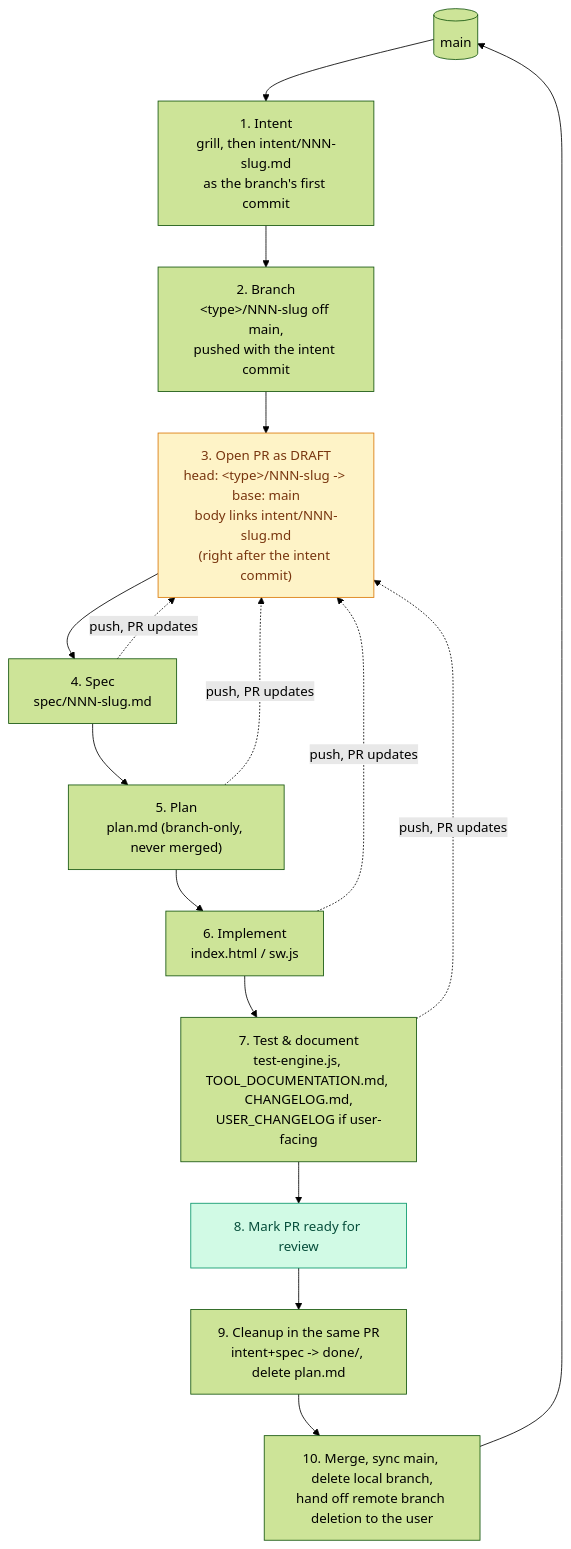
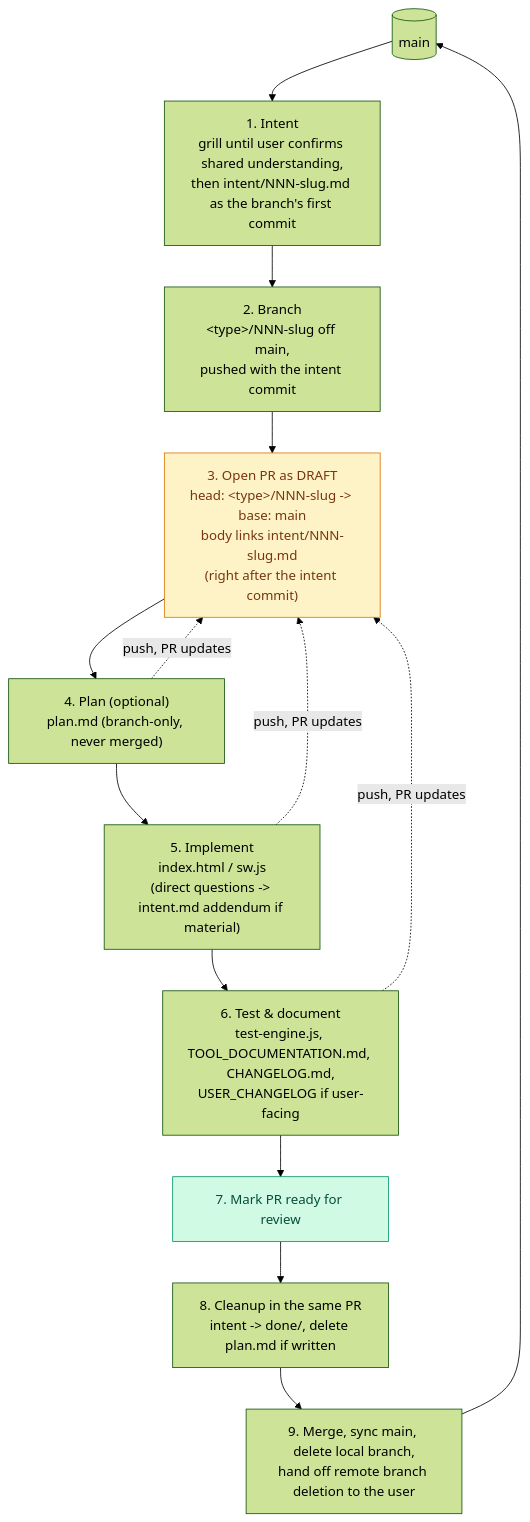
Before and after one commit to aggallim/retirement-planner: the diagram in CONTRIBUTING.md, drawn with Mermaid (forest theme). The commit also changed other lines of this file and 4 other files, not shown here.

First line of the commit message:
Simplify requirement lifecycle: no post-intent approval gate, spec removed (#24)

````diff
--- a/CONTRIBUTING.md
+++ b/CONTRIBUTING.md
@@ -103,27 +114,25 @@
 ```mermaid
 flowchart TD
     Main[("main")]
-    Intent["1. Intent\ngrill, then intent/NNN-slug.md\nas the branch's first commit"]
+    Intent["1. Intent\ngrill until user confirms shared understanding,\nthen intent/NNN-slug.md as the branch's first commit"]
     Branch["2. Branch\n&lt;type&gt;/NNN-slug off main,\npushed with the intent commit"]
     PR["3. Open PR as DRAFT\nhead: &lt;type&gt;/NNN-slug -> base: main\nbody links intent/NNN-slug.md\n(right after the intent commit)"]
-    Spec["4. Spec\nspec/NNN-slug.md"]
-    Plan["5. Plan\nplan.md (branch-only, never merged)"]
-    Impl["6. Implement\nindex.html / sw.js"]
-    Docs["7. Test & document\ntest-engine.js, TOOL_DOCUMENTATION.md, CHANGELOG.md,\nUSER_CHANGELOG if user-facing"]
-    Ready["8. Mark PR ready for review"]
-    Cleanup["9. Cleanup in the same PR\nintent+spec -> done/, delete plan.md"]
-    Merge["10. Merge, sync main, delete local branch,\nhand off remote branch deletion to the user"]
+    Plan["4. Plan (optional)\nplan.md (branch-only, never merged)"]
+    Impl["5. Implement\nindex.html / sw.js\n(direct questions -> intent.md addendum if material)"]
+    Docs["6. Test & document\ntest-engine.js, TOOL_DOCUMENTATION.md, CHANGELOG.md,\nUSER_CHANGELOG if user-facing"]
+    Ready["7. Mark PR ready for review"]
+    Cleanup["8. Cleanup in the same PR\nintent -> done/, delete plan.md if written"]
+    Merge["9. Merge, sync main, delete local branch,\nhand off remote branch deletion to the user"]
 
-    Main --> Intent --> Branch --> PR --> Spec
-    Spec --> Plan --> Impl --> Docs --> Ready --> Cleanup --> Merge --> Main
+    Main --> Intent --> Branch --> PR --> Plan
+    Plan --> Impl --> Docs --> Ready --> Cleanup --> Merge --> Main
 
-    Spec -. push, PR updates .-> PR
     Plan -. push, PR updates .-> PR
     Impl -. push, PR updates .-> PR
     Docs -. push, PR updates .-> PR
 
     classDef pr fill:#fef3c7,stroke:#d97706,color:#78350f;
     classDef ready fill:#d1fae5,stroke:#059669,color:#064e3b;
     class PR pr;
     class Ready ready;
 ```
````
